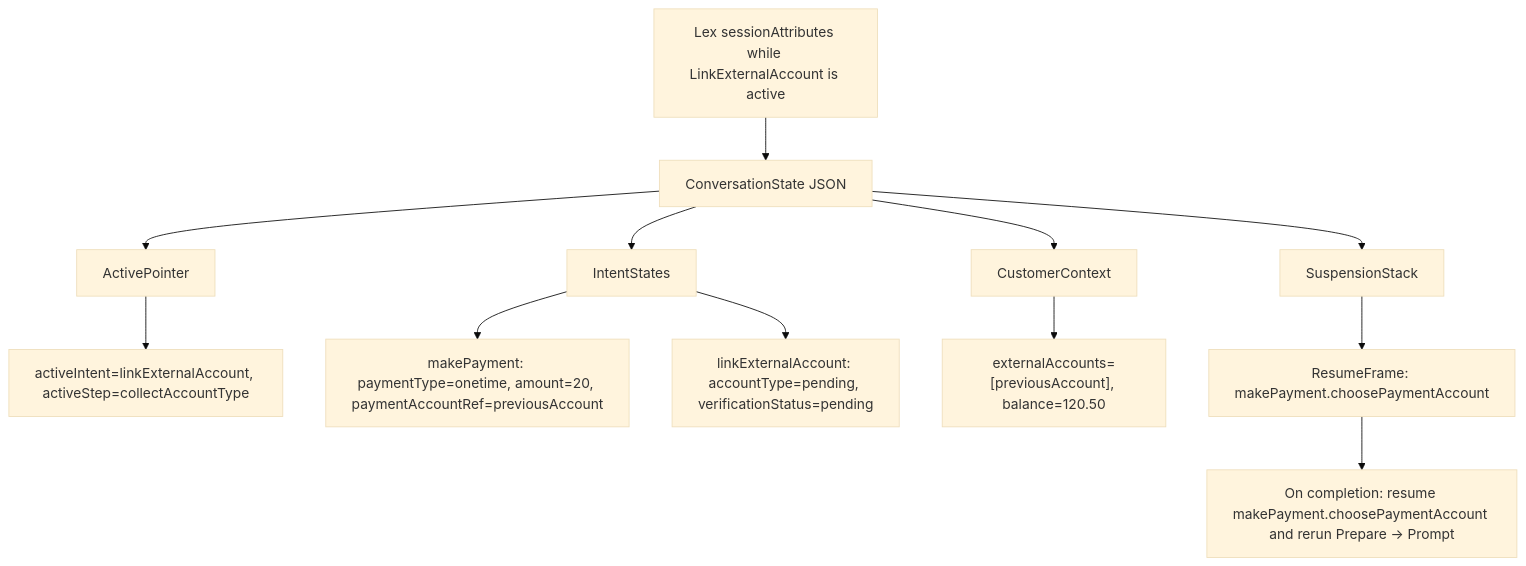
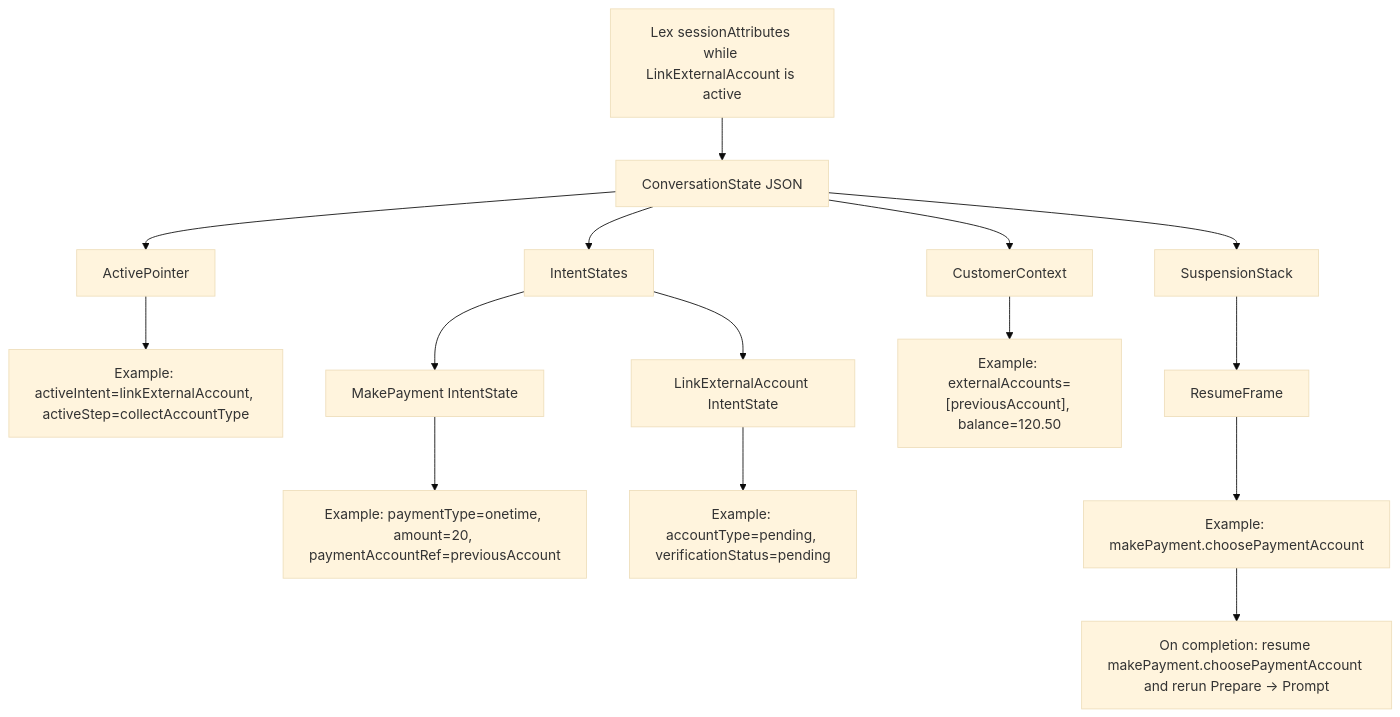
Before and after one commit to fghjkl007/adk-go-company-model-integration: the sixth of 8 diagrams in docs/superpowers/specs/2026-06-07-intent-step-orchestration-confluence.md, drawn with Mermaid (base theme).

Commit message:
docs: align session attribute examples in diagrams

````diff
--- a/docs/superpowers/specs/2026-06-07-intent-step-orchestration-confluence.md
+++ b/docs/superpowers/specs/2026-06-07-intent-step-orchestration-confluence.md
@@ -137,15 +137,22 @@
 ```mermaid
 flowchart TD
   SessionAttrs["Lex sessionAttributes while LinkExternalAccount is active"] --> Conv["ConversationState JSON"]
   Conv --> Active["ActivePointer"]
   Conv --> Intents["IntentStates"]
   Conv --> Customer["CustomerContext"]
   Conv --> Stack["SuspensionStack"]
 
-  Active --> ActiveValue["activeIntent=linkExternalAccount, activeStep=collectAccountType"]
-  Intents --> MP["makePayment: paymentType=onetime, amount=20, paymentAccountRef=previousAccount"]
-  Intents --> LEA["linkExternalAccount: accountType=pending, verificationStatus=pending"]
-  Customer --> Ctx["externalAccounts=[previousAccount], balance=120.50"]
-  Stack --> Frame["ResumeFrame: makePayment.choosePaymentAccount"]
-  Frame --> Resume["On completion: resume makePayment.choosePaymentAccount and rerun Prepare -> Prompt"]
+  Active --> ActiveValue["Example: activeIntent=linkExternalAccount, activeStep=collectAccountType"]
+
+  Intents --> MP["MakePayment IntentState"]
+  MP --> MPEx["Example: paymentType=onetime, amount=20, paymentAccountRef=previousAccount"]
+
+  Intents --> LEA["LinkExternalAccount IntentState"]
+  LEA --> LEAEx["Example: accountType=pending, verificationStatus=pending"]
+
+  Customer --> Ctx["Example: externalAccounts=[previousAccount], balance=120.50"]
+
+  Stack --> Frame["ResumeFrame"]
+  Frame --> FrameEx["Example: makePayment.choosePaymentAccount"]
+  FrameEx --> Resume["On completion: resume makePayment.choosePaymentAccount and rerun Prepare -> Prompt"]
 ```
````
